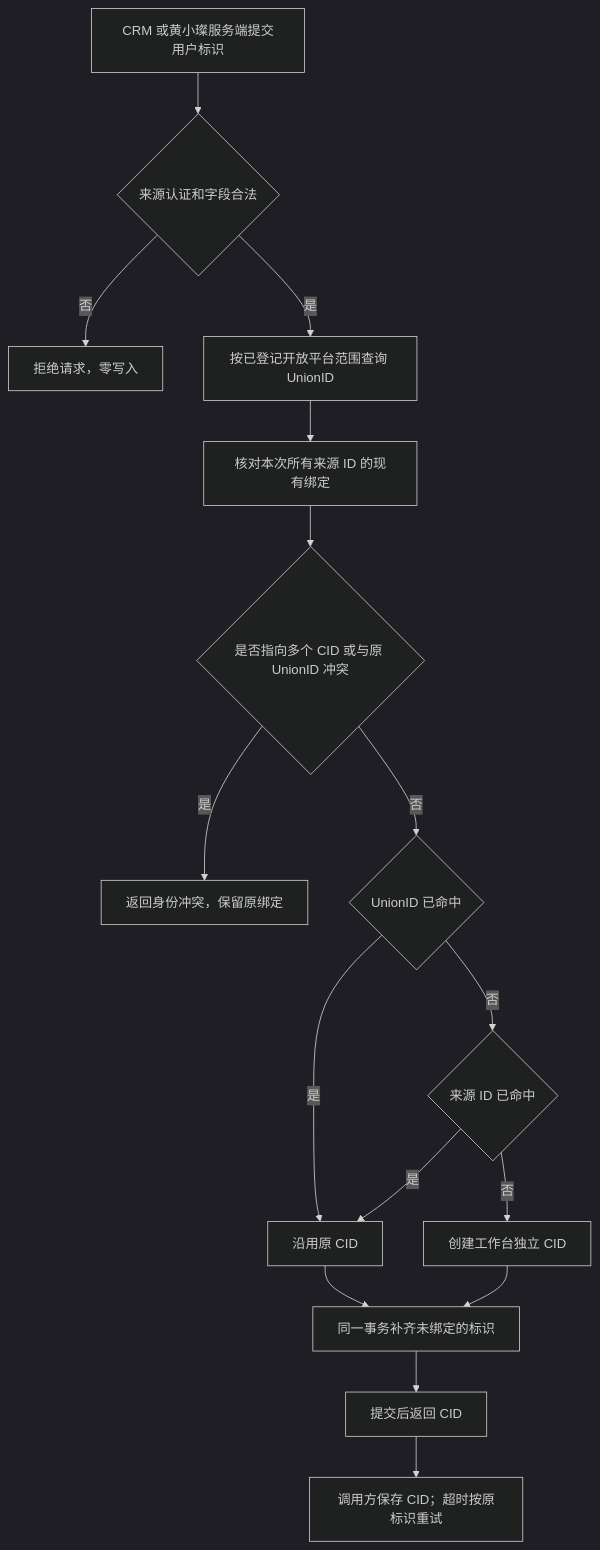
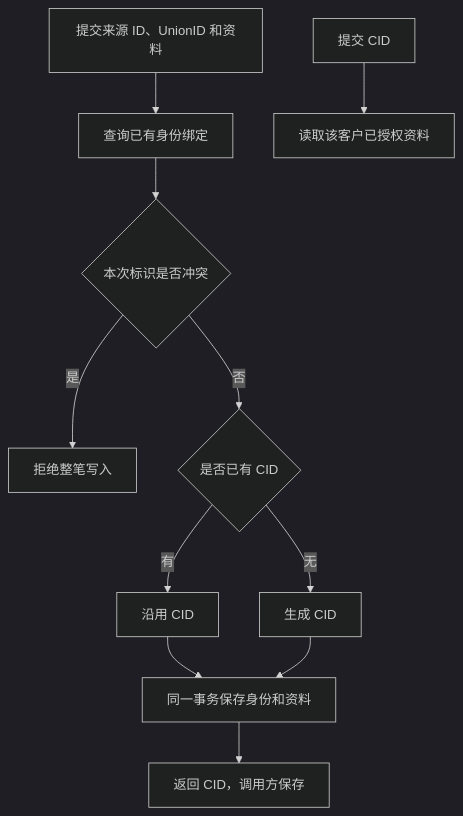
Before and after one commit to qianlan33333-png/project-workbench-classroom: the diagram in docs/plans/2026-11-09-cid-identity-prd.md, drawn with Mermaid (dark theme). The commit also changed other lines of this file and 10 other files, not shown here.

````diff
--- a/docs/plans/2026-11-09-cid-identity-prd.md
+++ b/docs/plans/2026-11-09-cid-identity-prd.md
@@ -7,18 +7,13 @@
 ```mermaid
 flowchart TD
-  A[CRM 或黄小璨服务端提交用户标识] --> B{来源认证和字段合法}
-  B -->|否| X[拒绝请求，零写入]
-  B -->|是| C[按已登记开放平台范围查询 UnionID]
-  C --> D[核对本次所有来源 ID 的现有绑定]
-  D --> E{是否指向多个 CID 或与原 UnionID 冲突}
-  E -->|是| Y[返回身份冲突，保留原绑定]
-  E -->|否| F{UnionID 已命中}
-  F -->|是| G[沿用原 CID]
-  F -->|否| H{来源 ID 已命中}
-  H -->|是| G
-  H -->|否| I[创建工作台独立 CID]
-  G --> J[同一事务补齐未绑定的标识]
-  I --> J
-  J --> K[提交后返回 CID]
-  K --> L[调用方保存 CID；超时按原标识重试]
+  A[提交来源 ID、UnionID 和资料] --> B[查询已有身份绑定]
+  B --> C{本次标识是否冲突}
+  C -->|是| D[拒绝整笔写入]
+  C -->|否| E{是否已有 CID}
+  E -->|有| F[沿用 CID]
+  E -->|无| G[生成 CID]
+  F --> H[同一事务保存身份和资料]
+  G --> H
+  H --> I[返回 CID，调用方保存]
+  J[提交 CID] --> K[读取该客户已授权资料]
 ```
````
